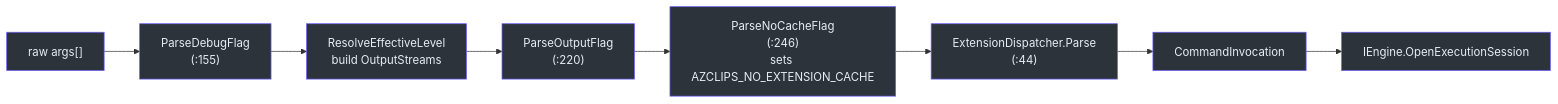
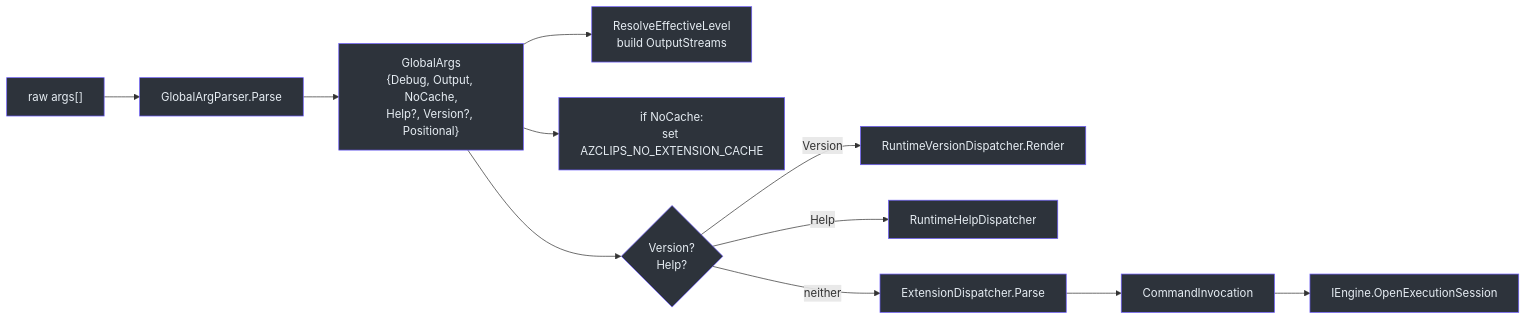
Before and after one commit to Azure/azclips: the first of 2 diagrams in wiki/01-getting-started/cli-usage.md, drawn with Mermaid. The commit also changed other lines of this file and 6 other files, not shown here.

````diff
--- a/wiki/01-getting-started/cli-usage.md
+++ b/wiki/01-getting-started/cli-usage.md
@@ -41,19 +43,25 @@
 ```mermaid
 graph LR
-    ARGS["raw args[]"] --> DBG["ParseDebugFlag<br>(:155)"]
-    DBG --> LVL["ResolveEffectiveLevel<br>build OutputStreams"]
-    LVL --> OUT["ParseOutputFlag<br>(:220)"]
-    OUT --> NC["ParseNoCacheFlag<br>(:246)<br>sets AZCLIPS_NO_EXTENSION_CACHE"]
-    NC --> PARSE["ExtensionDispatcher.Parse<br>(:44)"]
+    ARGS["raw args[]"] --> GAP["GlobalArgParser.Parse"]
+    GAP --> GA["GlobalArgs<br>{Debug, Output, NoCache,<br>Help?, Version?, Positional}"]
+    GA --> STREAMS["ResolveEffectiveLevel<br>build OutputStreams"]
+    GA --> NCENV["if NoCache:<br>set AZCLIPS_NO_EXTENSION_CACHE"]
+    GA --> ROUTE{"Version?<br>Help?"}
+    ROUTE -->|Version| VER["RuntimeVersionDispatcher.Render"]
+    ROUTE -->|Help| HELP["RuntimeHelpDispatcher"]
+    ROUTE -->|neither| PARSE["ExtensionDispatcher.Parse"]
     PARSE --> INV["CommandInvocation"]
     INV --> EXEC["IEngine.OpenExecutionSession"]
 
     style ARGS fill:#2d333b,stroke:#6d5dfc,color:#e6edf3
-    style DBG fill:#2d333b,stroke:#6d5dfc,color:#e6edf3
-    style LVL fill:#2d333b,stroke:#6d5dfc,color:#e6edf3
-    style OUT fill:#2d333b,stroke:#6d5dfc,color:#e6edf3
-    style NC fill:#2d333b,stroke:#6d5dfc,color:#e6edf3
+    style GAP fill:#2d333b,stroke:#6d5dfc,color:#e6edf3
+    style GA fill:#2d333b,stroke:#6d5dfc,color:#e6edf3
+    style STREAMS fill:#2d333b,stroke:#6d5dfc,color:#e6edf3
+    style NCENV fill:#2d333b,stroke:#6d5dfc,color:#e6edf3
+    style ROUTE fill:#2d333b,stroke:#6d5dfc,color:#e6edf3
+    style VER fill:#2d333b,stroke:#6d5dfc,color:#e6edf3
+    style HELP fill:#2d333b,stroke:#6d5dfc,color:#e6edf3
     style PARSE fill:#2d333b,stroke:#6d5dfc,color:#e6edf3
     style INV fill:#2d333b,stroke:#6d5dfc,color:#e6edf3
     style EXEC fill:#2d333b,stroke:#6d5dfc,color:#e6edf3
 ```
````
